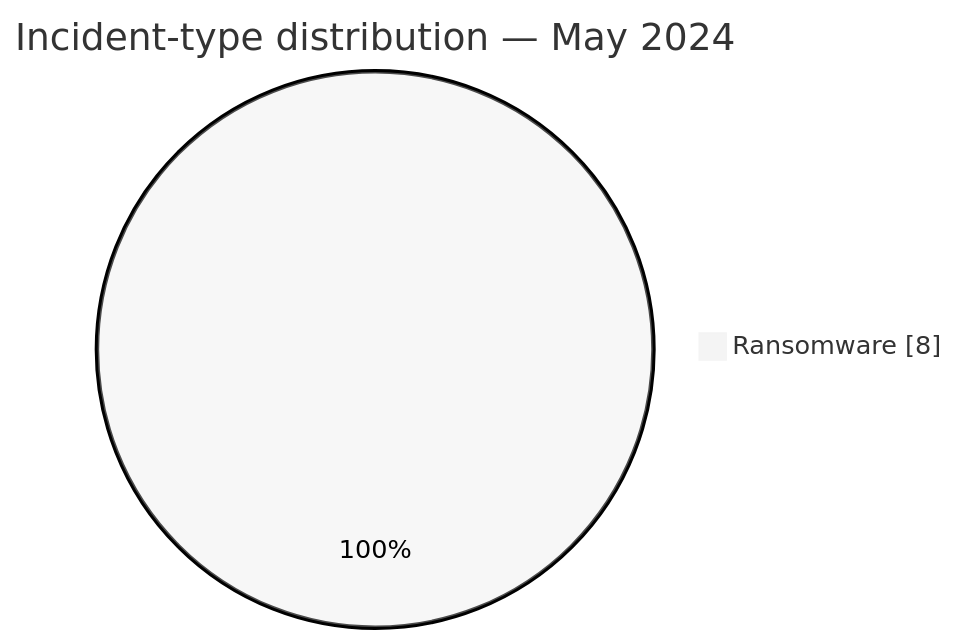
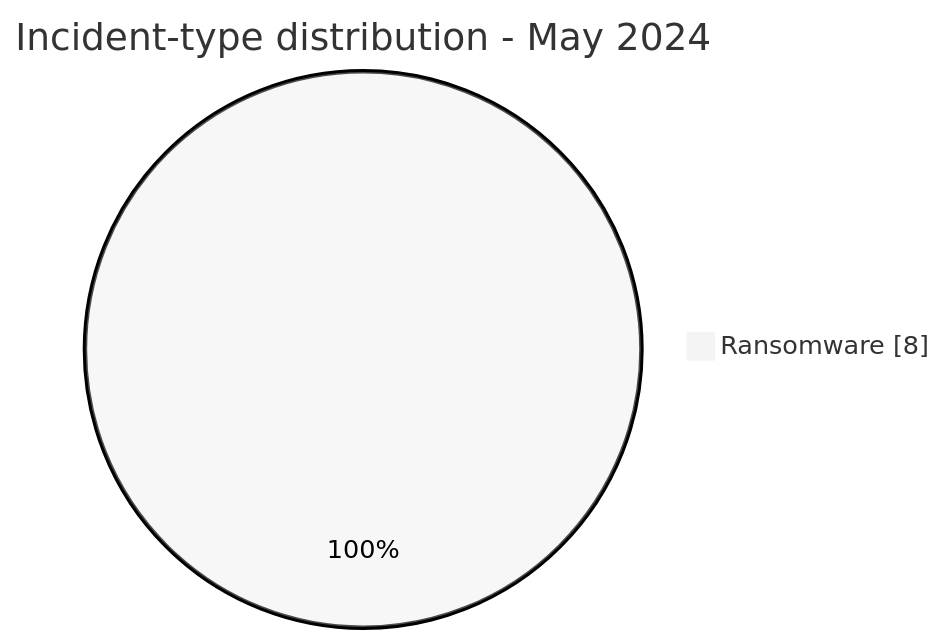
One commit to Hatchepsoute/AFRINTEL changed the second of 2 diagrams in CyberAttackAfrica/2024/05-may/README.md. Above: the diagram before and after it, drawn with Mermaid (neutral theme). The commit also changed other lines of this file and 182 other files, not shown here.

````diff
--- a/CyberAttackAfrica/2024/05-may/README.md
+++ b/CyberAttackAfrica/2024/05-may/README.md
@@ -52,5 +52,5 @@
 ```mermaid
 pie showData
-    title Incident-type distribution — May 2024
+    title Incident-type distribution - May 2024
     "Ransomware" : 8
 ```
````
